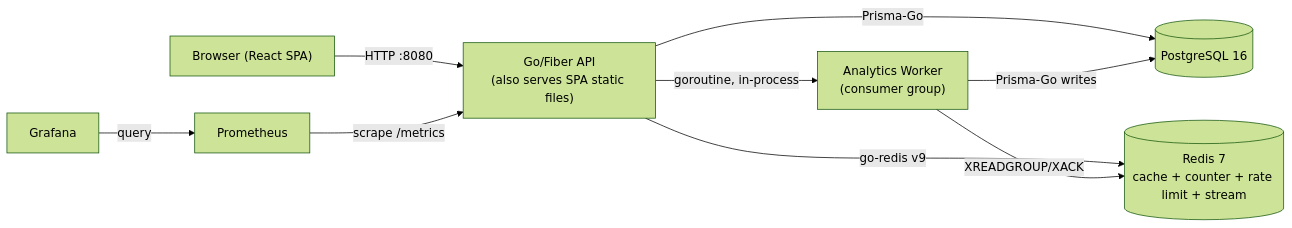
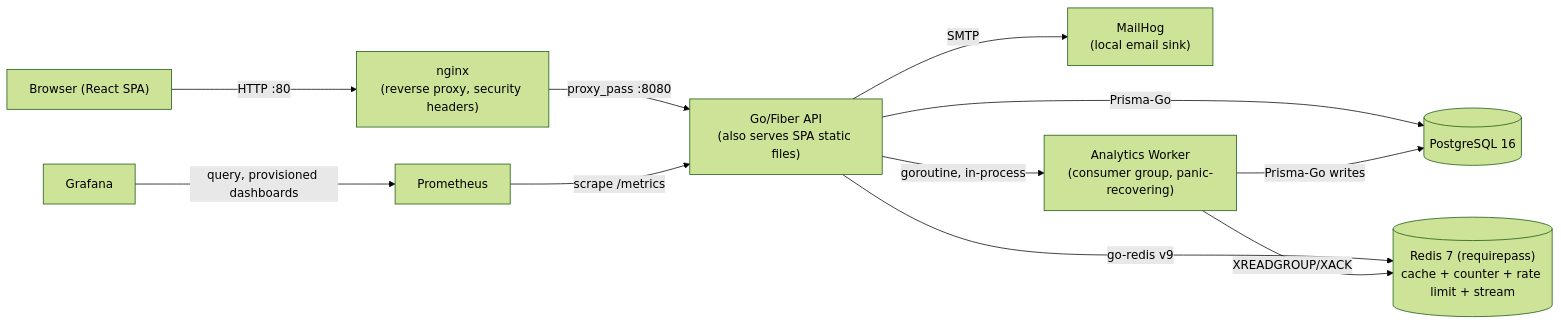
Before and after one commit to secretJod/Url-Shortner: the first of 7 diagrams in docs/system-design/02-high-level-design.md, drawn with Mermaid (forest theme). The commit also changed other lines of this file and 17 other files, not shown here.

````diff
--- a/docs/system-design/02-high-level-design.md
+++ b/docs/system-design/02-high-level-design.md
@@ -5,11 +7,13 @@
 ```mermaid
 flowchart LR
-    Browser["Browser (React SPA)"] -->|HTTP :8080| API["Go/Fiber API\n(also serves SPA static files)"]
+    Browser["Browser (React SPA)"] -->|HTTP :80| Nginx["nginx\n(reverse proxy, security headers)"]
+    Nginx -->|proxy_pass :8080| API["Go/Fiber API\n(also serves SPA static files)"]
     API -->|Prisma-Go| PG[("PostgreSQL 16")]
-    API -->|go-redis v9| Redis[("Redis 7\ncache + counter + rate limit + stream")]
-    API -->|goroutine, in-process| Worker["Analytics Worker\n(consumer group)"]
+    API -->|go-redis v9| Redis[("Redis 7 (requirepass)\ncache + counter + rate limit + stream")]
+    API -->|SMTP| Mail["MailHog\n(local email sink)"]
+    API -->|goroutine, in-process| Worker["Analytics Worker\n(consumer group, panic-recovering)"]
     Worker -->|Prisma-Go writes| PG
     Worker -->|XREADGROUP/XACK| Redis
     Prometheus["Prometheus"] -->|scrape /metrics| API
-    Grafana["Grafana"] -->|query| Prometheus
+    Grafana["Grafana"] -->|query, provisioned dashboards| Prometheus
 ```
````
